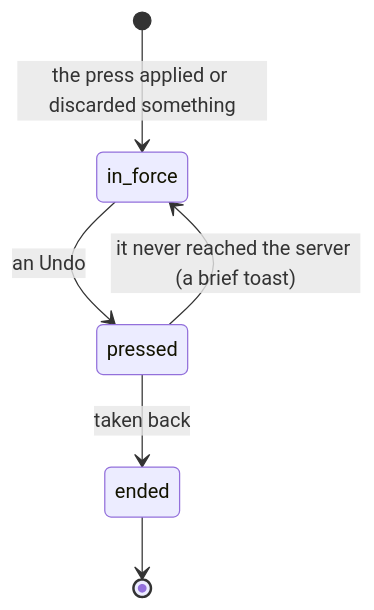
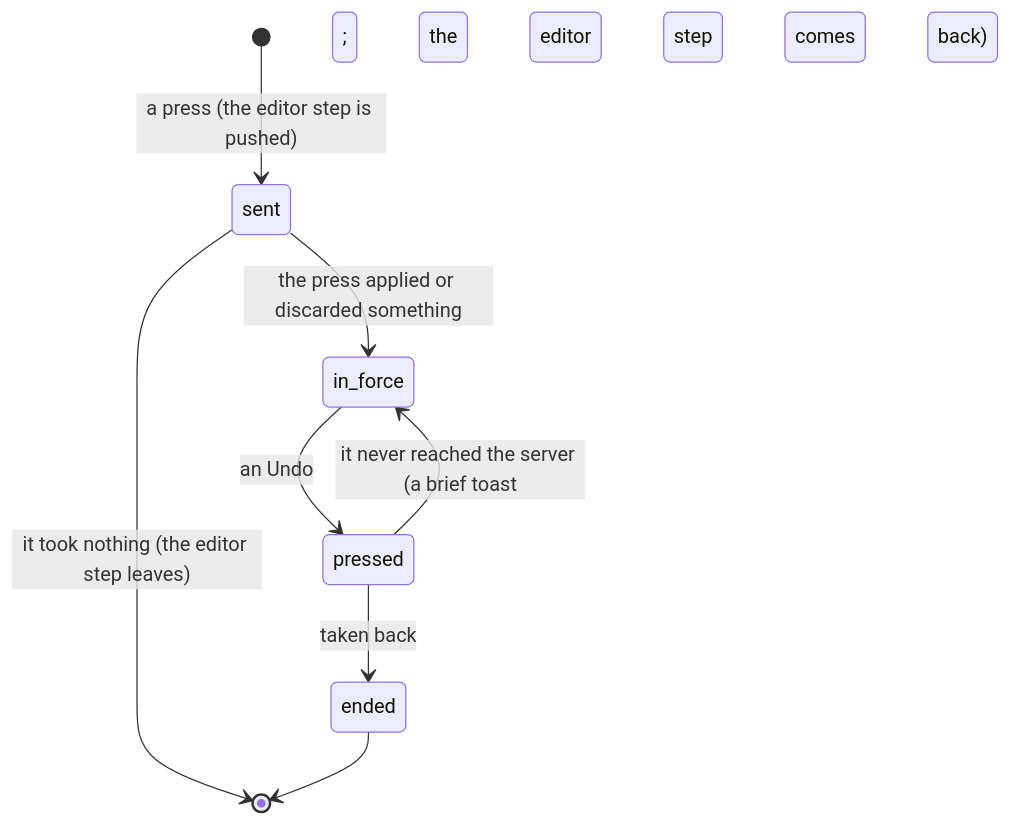
Before and after one commit to haowjy/meridian-flow: the second of 2 diagrams in apps/app/src/features/draft-review/.context/state-machines.md, drawn with Mermaid. The commit also changed other lines of this file and 11 other files, not shown here.

First line of the commit message:
Draft review docs: the bar in the toolbar row, the press's editor step, crossing chapters

````diff
--- a/apps/app/src/features/draft-review/.context/state-machines.md
+++ b/apps/app/src/features/draft-review/.context/state-machines.md
@@ -31,8 +47,10 @@
 ```mermaid
 stateDiagram-v2
-  [*] --> in_force: the press applied or discarded something
+  [*] --> sent: a press (the editor step is pushed)
+  sent --> [*]: it took nothing (the editor step leaves)
+  sent --> in_force: the press applied or discarded something
   in_force --> pressed: an Undo
-  pressed --> in_force: it never reached the server (a brief toast)
+  pressed --> in_force: it never reached the server (a brief toast; the editor step comes back)
   pressed --> ended: taken back
   ended --> [*]
 ```
````
